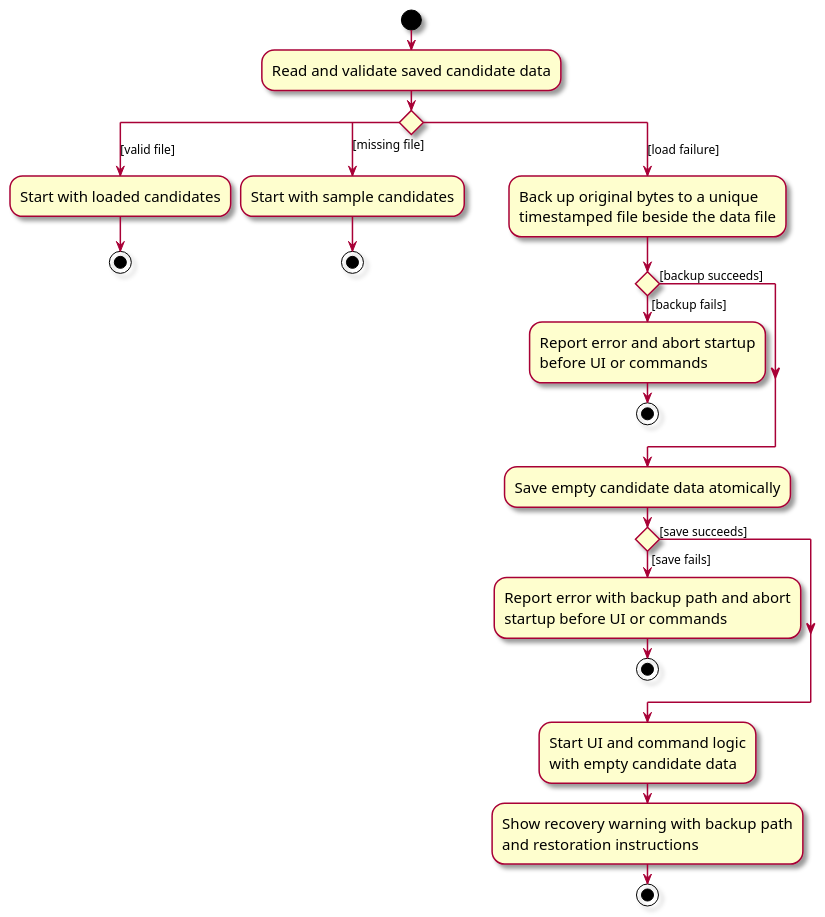
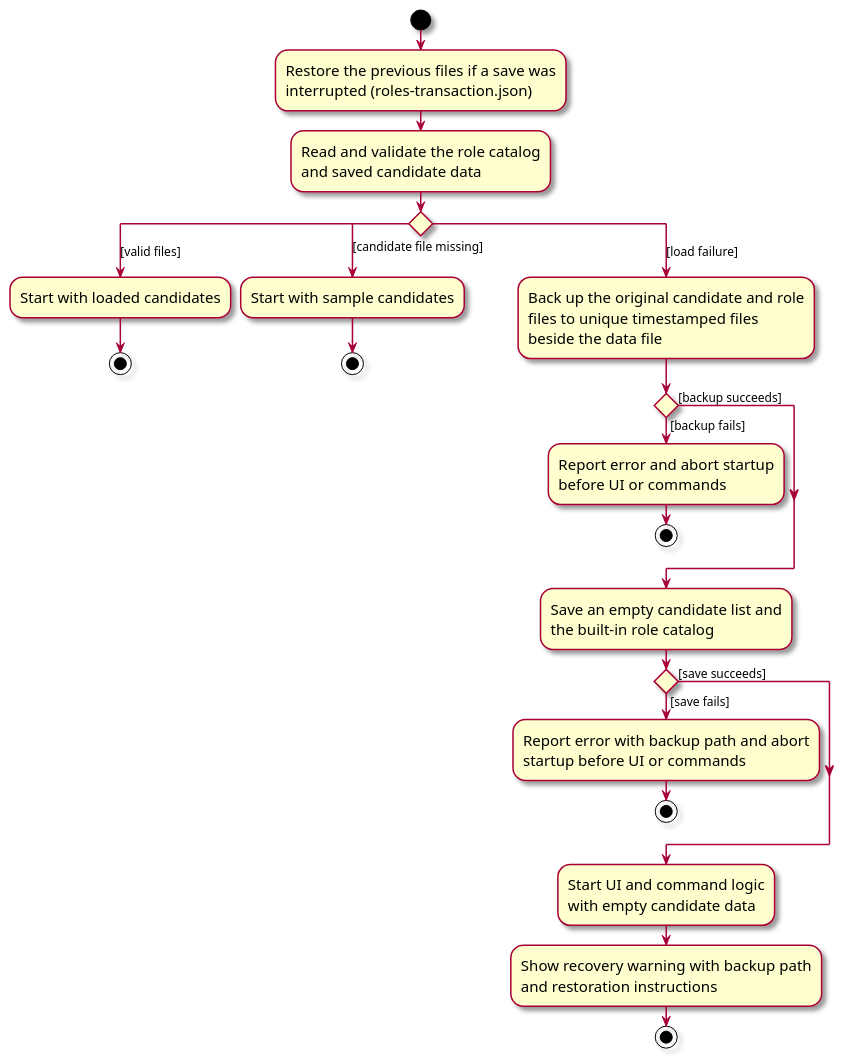
One commit to AY2627S1-CS2103-F10-1/tp changed the diagram in diagrams/DataRecoveryActivityDiagram.puml. Above: the diagram before and after it, drawn with PlantUML. The commit also changed 32 other files, not shown here.

```diff
--- a/diagrams/DataRecoveryActivityDiagram.puml
+++ b/diagrams/DataRecoveryActivityDiagram.puml
@@ -1,41 +1,46 @@
 @startuml
 skin rose
 skinparam ActivityFontSize 15
 skinparam ArrowFontSize 12
 
 start
-:Read and validate saved candidate data;
+:Restore the previous files if a save was
+interrupted (roles-transaction.json);
+:Read and validate the role catalog
+and saved candidate data;
 
 'Keep guards on the outgoing edges, as in CommitActivityDiagram.
 switch ()
-case ([valid file])
+case ([valid files])
     :Start with loaded candidates;
     stop
-case ([missing file])
+case ([candidate file missing])
     :Start with sample candidates;
     stop
 case ([load failure])
-    :Back up original bytes to a unique
-timestamped file beside the data file;
+    :Back up the original candidate and role
+files to unique timestamped files
+beside the data file;
     if () then ([backup succeeds])
     else ([backup fails])
         :Report error and abort startup
 before UI or commands;
         stop
     endif
 
-    :Save empty candidate data atomically;
+    :Save an empty candidate list and
+the built-in role catalog;
     if () then ([save succeeds])
     else ([save fails])
         :Report error with backup path and abort
 startup before UI or commands;
         stop
     endif
 
     :Start UI and command logic
 with empty candidate data;
     :Show recovery warning with backup path
 and restoration instructions;
     stop
 endswitch
 @enduml
```
